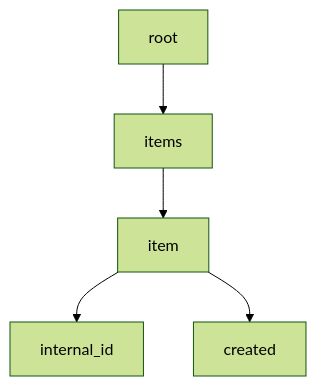
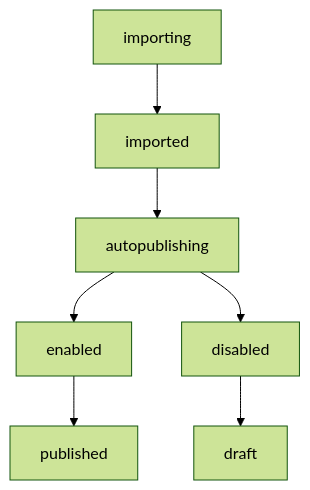
One commit to dysk0/nadjistan-import changed the diagram in README.md. Above: the diagram before and after it, drawn with Mermaid (forest theme). The commit also changed other lines of this file, not shown here.

````diff
--- a/README.md
+++ b/README.md
@@ -155,7 +312,9 @@
 ```mermaid
 graph TD;
-    root-->items;
-    items-->item;
-    item-->internal_id;
-    item-->created;
+    importing --> imported;
+    imported --> autopublishing;
+    autopublishing --> enabled;
+    autopublishing --> disabled;
+    enabled --> published;
+    disabled --> draft;
 ```
````
